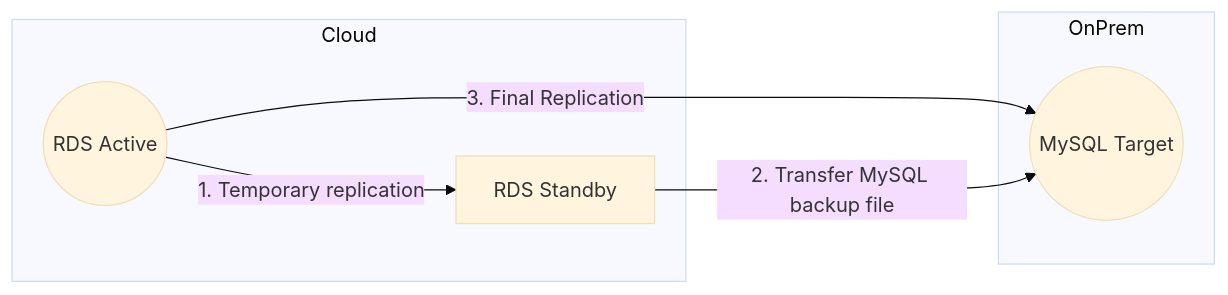
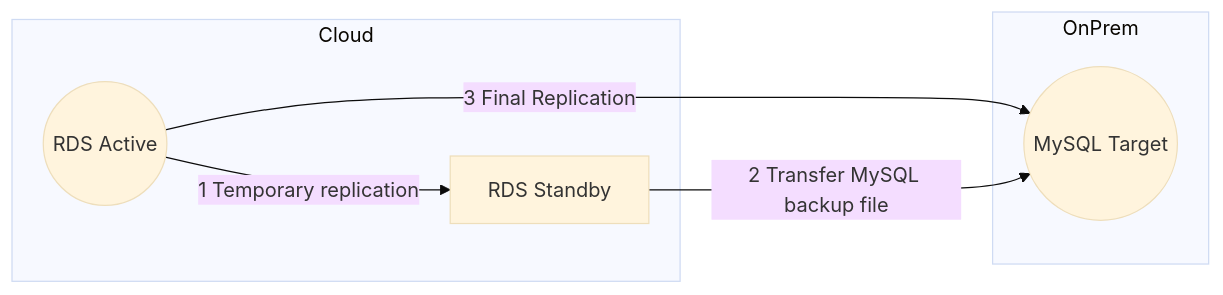
Before and after one commit to maxz1985/docs: the diagram in Writerside/topics/RDS-MySQL-Add-On-Prem-Replica.md, drawn with Mermaid (base theme). The commit also changed other lines of this file, not shown here.

````diff
--- a/Writerside/topics/RDS-MySQL-Add-On-Prem-Replica.md
+++ b/Writerside/topics/RDS-MySQL-Add-On-Prem-Replica.md
@@ -16,13 +28,13 @@
 ```mermaid
 graph LR
     subgraph Cloud
         RDSActive((RDS Active))
         RDSStandby[RDS Standby]
-        RDSActive -- 1. Temporary replication --> RDSStandby
+        RDSActive -- "1 Temporary replication" --> RDSStandby
     end
     subgraph OnPrem
         MySQLTarget((MySQL Target))
     end
-RDSActive-- 3. Final Replication --> MySQLTarget
-RDSStandby -- 2. Transfer MySQL backup file --> MySQLTarget
+RDSActive-- "3 Final Replication" --> MySQLTarget
+RDSStandby -- "2 Transfer MySQL backup file" --> MySQLTarget
 ```
````
